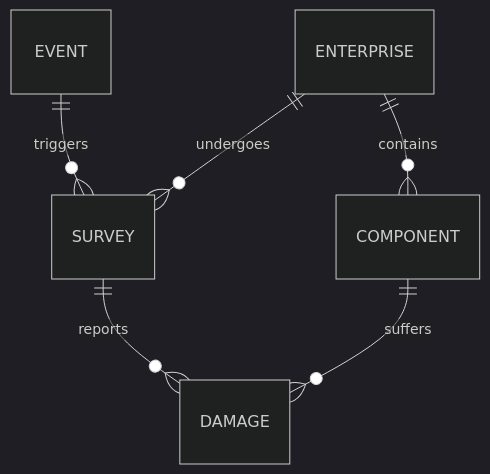
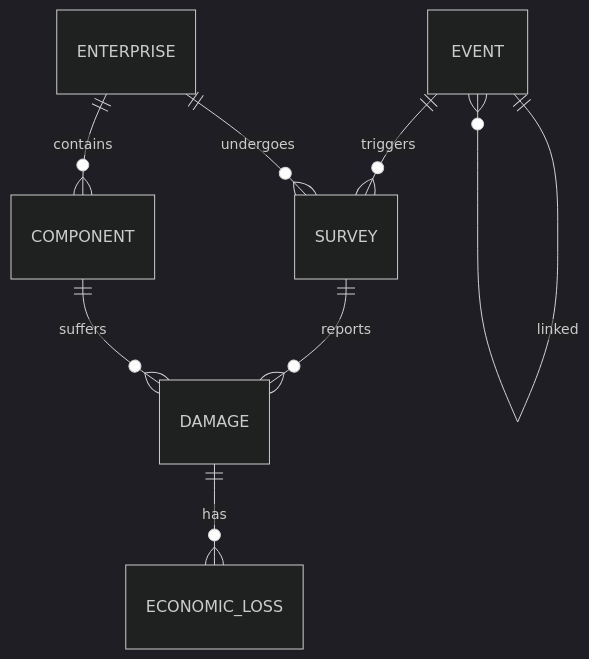
One commit to Tars4815/dictionary-demo changed the third of 3 diagrams in docs/schema_er.md. Above: the diagram before and after it, drawn with Mermaid (dark theme).

````diff
--- a/docs/schema_er.md
+++ b/docs/schema_er.md
@@ -63,9 +63,11 @@
 ```mermaid
 erDiagram
     EVENT ||--o{ SURVEY : triggers
     ENTERPRISE ||--o{ SURVEY : undergoes
     SURVEY ||--o{ DAMAGE : reports
     COMPONENT ||--o{ DAMAGE : suffers
     ENTERPRISE ||--o{ COMPONENT : contains
+    EVENT ||--o{ EVENT : linked
+    DAMAGE ||--o{ ECONOMIC_LOSS : has
 
 ```
````
